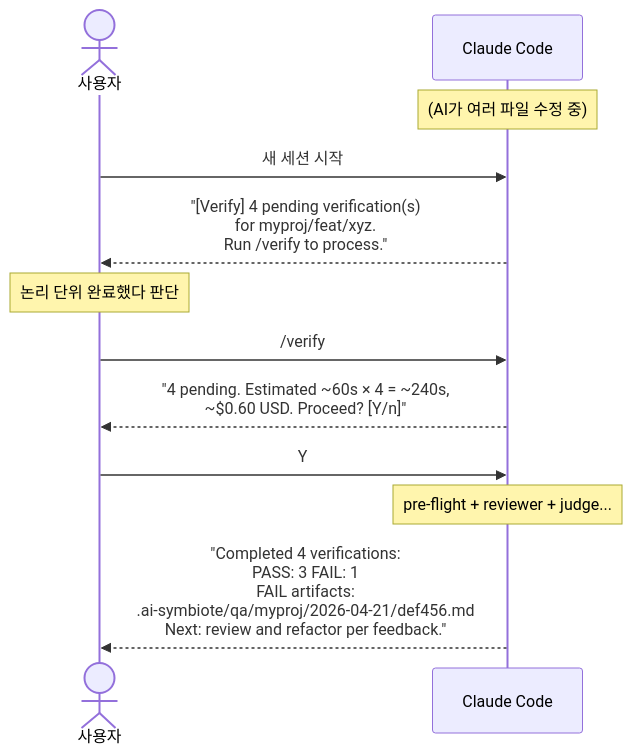
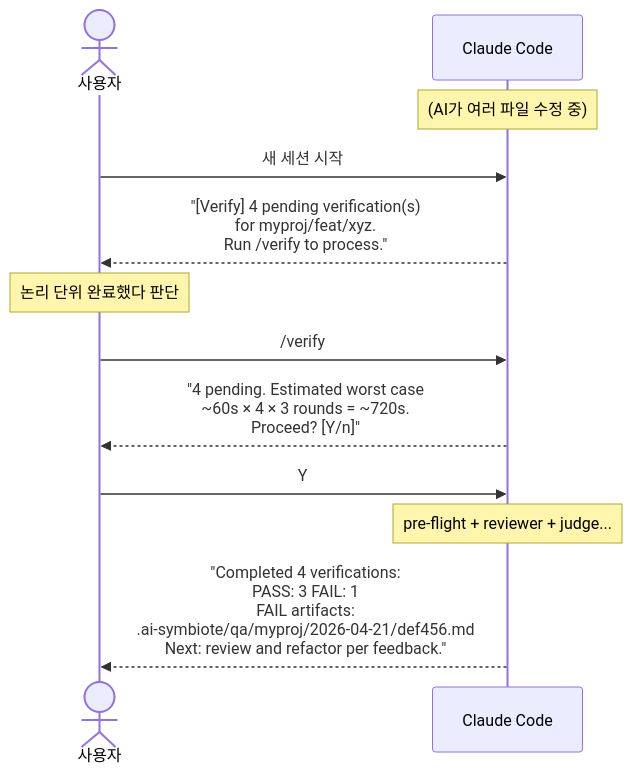
Before and after one commit to Jimmy-Jung/ai-symbiote: diagram 12 of 12 in docs/09-검증-레이어-동작원리.md, drawn with Mermaid. The commit also changed other lines of this file and 3 other files, not shown here.

````diff
--- a/docs/09-검증-레이어-동작원리.md
+++ b/docs/09-검증-레이어-동작원리.md
@@ -310,20 +332,20 @@
 ```mermaid
 sequenceDiagram
     actor U as 사용자
     participant CC as Claude Code
 
     Note over CC: (AI가 여러 파일 수정 중)
 
     U->>CC: 새 세션 시작
     CC-->>U: "[Verify] 4 pending verification(s)<br/>for myproj/feat/xyz.<br/>Run /verify to process."
 
     Note over U: 논리 단위 완료했다 판단
 
     U->>CC: /verify
-    CC-->>U: "4 pending. Estimated ~60s × 4 = ~240s,<br/>~$0.60 USD. Proceed? [Y/n]"
+    CC-->>U: "4 pending. Estimated worst case<br/>~60s × 4 × 3 rounds = ~720s.<br/>Proceed? [Y/n]"
     U->>CC: Y
 
     Note over CC: pre-flight + reviewer + judge...
 
     CC-->>U: "Completed 4 verifications:<br/>PASS: 3  FAIL: 1<br/>FAIL artifacts:<br/>.ai-symbiote/qa/myproj/2026-04-21/def456.md<br/>Next: review and refactor per feedback."
 ```
````
